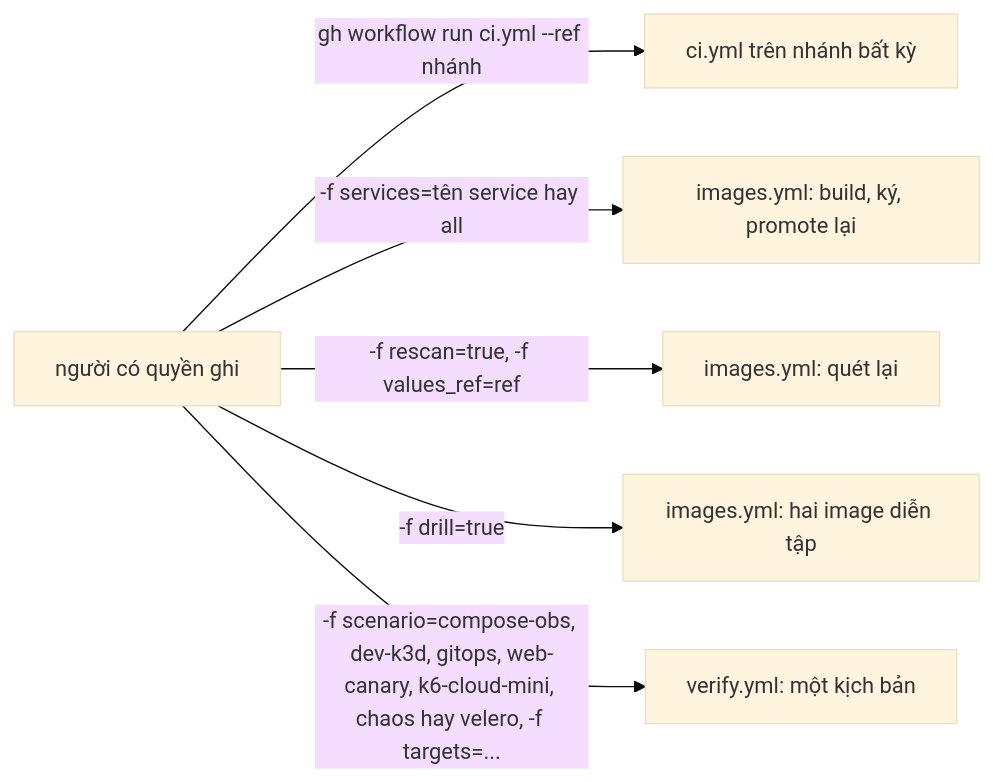
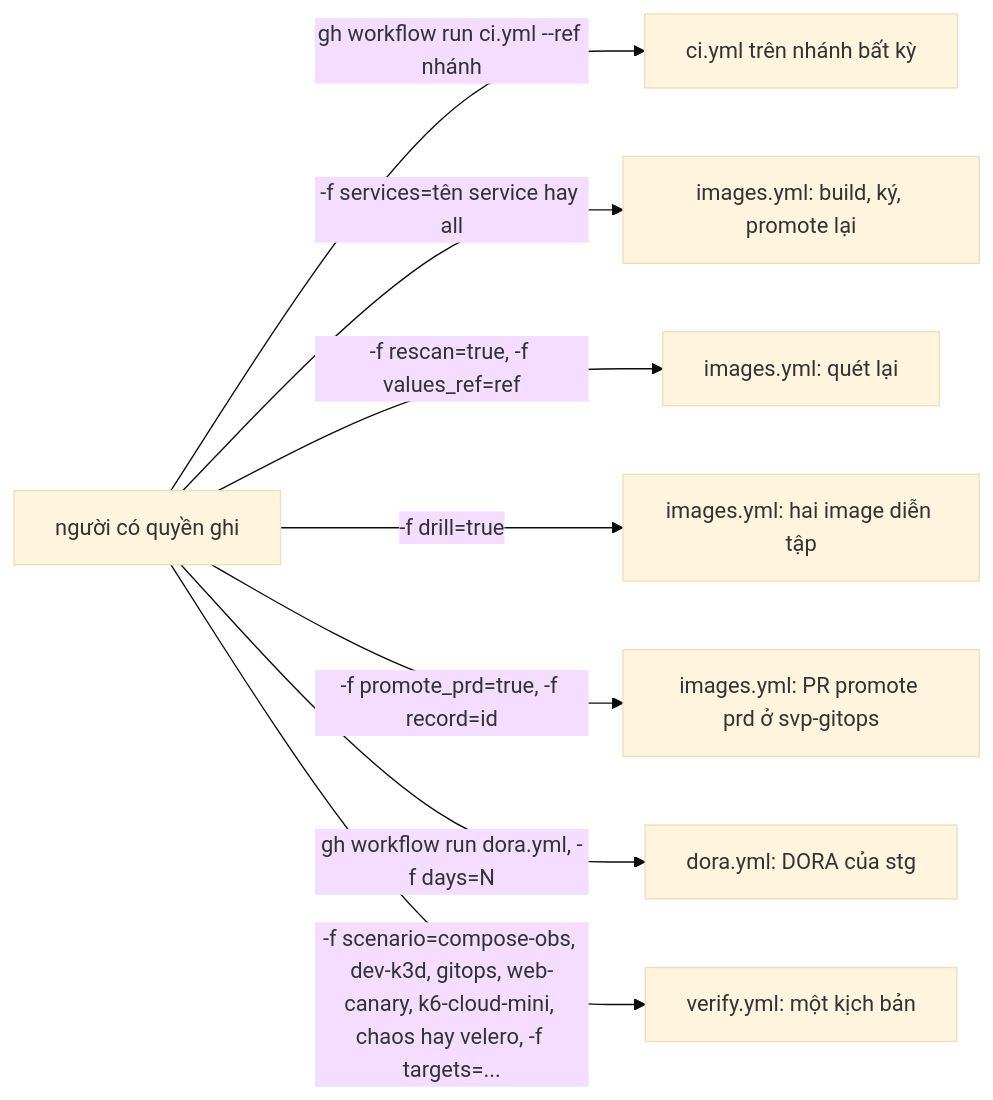
One commit to anhnvcoder/short-video-platform changed the fourth of 5 diagrams in docs/ci-cd.md. Above: the diagram before and after it, drawn with Mermaid (base theme). The commit also changed other lines of this file and 22 other files, not shown here.

First line of the commit message:
docs: tài liệu sau khi tách svp-gitops và kết quả kiểm chứng của phần 4 (giai đoạn 6b)

````diff
--- a/docs/ci-cd.md
+++ b/docs/ci-cd.md
@@ -100,9 +111,11 @@
 ```mermaid
 flowchart LR
     who["người có quyền ghi"]
     who -->|"gh workflow run ci.yml --ref nhánh"| ci["ci.yml trên nhánh bất kỳ"]
     who -->|"-f services=tên service hay all"| b["images.yml: build, ký, promote lại"]
     who -->|"-f rescan=true, -f values_ref=ref"| r["images.yml: quét lại"]
     who -->|"-f drill=true"| d["images.yml: hai image diễn tập"]
+    who -->|"-f promote_prd=true, -f record=id"| p["images.yml: PR promote prd ở svp-gitops"]
+    who -->|"gh workflow run dora.yml, -f days=N"| m["dora.yml: DORA của stg"]
     who -->|"-f scenario=compose-obs, dev-k3d, gitops, web-canary, k6-cloud-mini, chaos hay velero, -f targets=..."| v["verify.yml: một kịch bản"]
 ```
````
